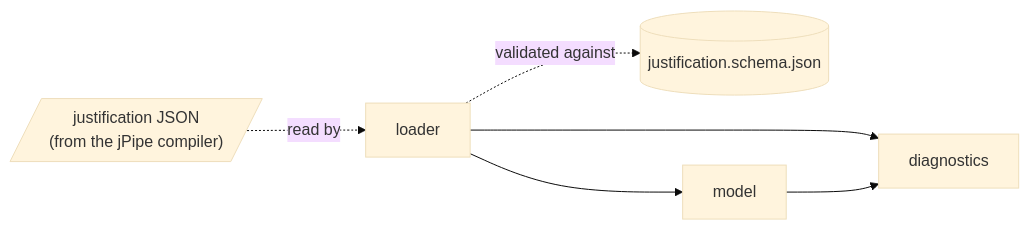
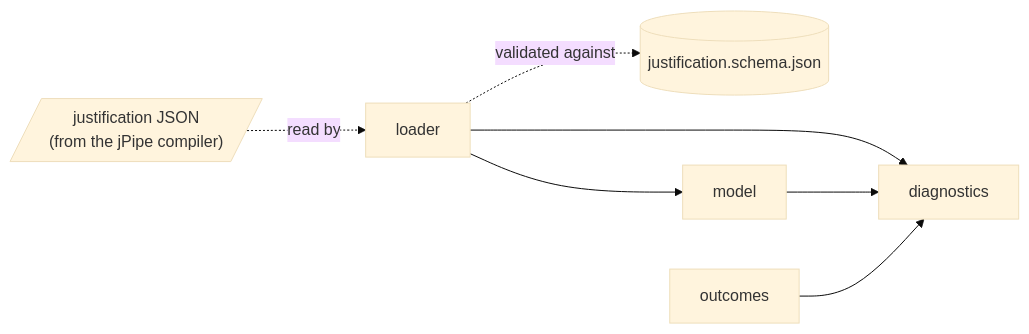
Before and after one commit to jpipe-mcscert/jpipe-runner: the first of 2 diagrams in docs/design.md, drawn with Mermaid (base theme). The commit also changed other lines of this file and 6 other files, not shown here.

````diff
--- a/docs/design.md
+++ b/docs/design.md
@@ -8,11 +8,12 @@
 ```mermaid
 flowchart LR
     json[/"justification JSON<br>(from the jPipe compiler)"/]
     schema[("justification.schema.json")]
 
     json -.->|read by| loader
     loader -.->|validated against| schema
     loader --> model
     loader --> diagnostics
     model --> diagnostics
+    outcomes --> diagnostics
 ```
````
